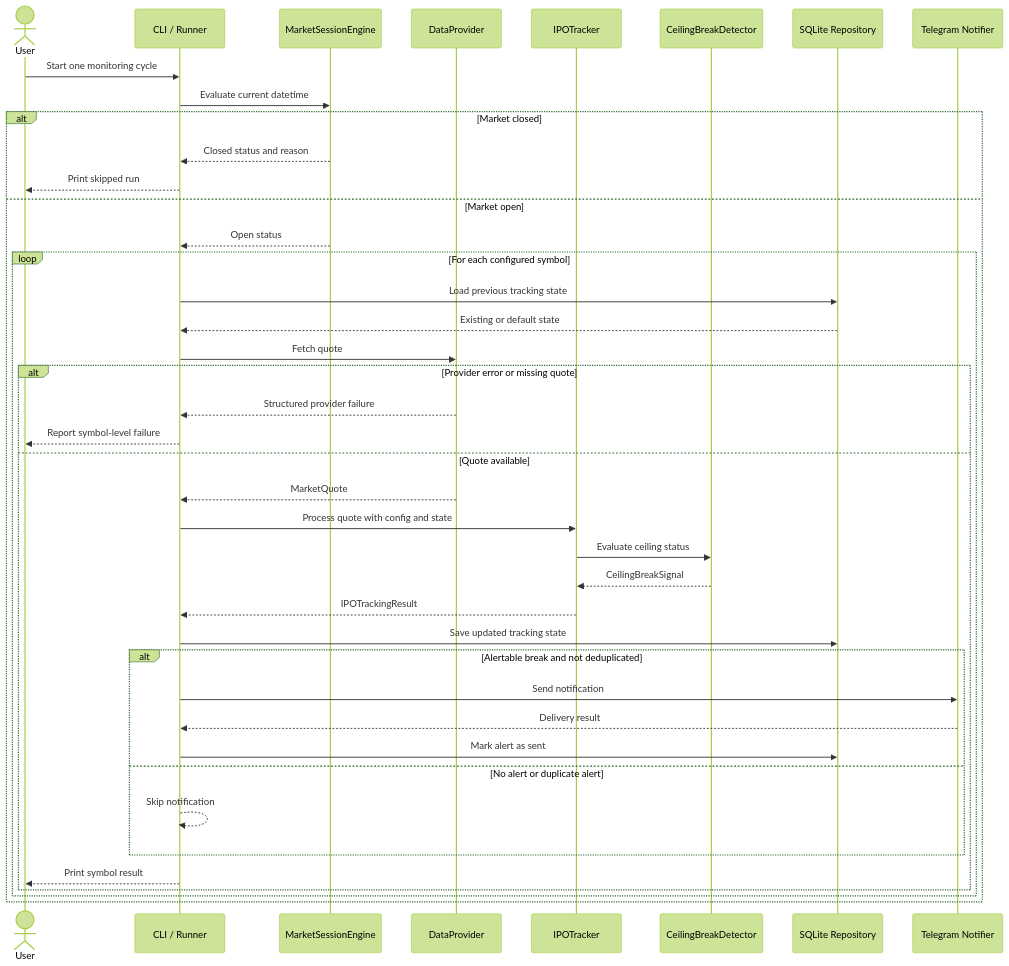
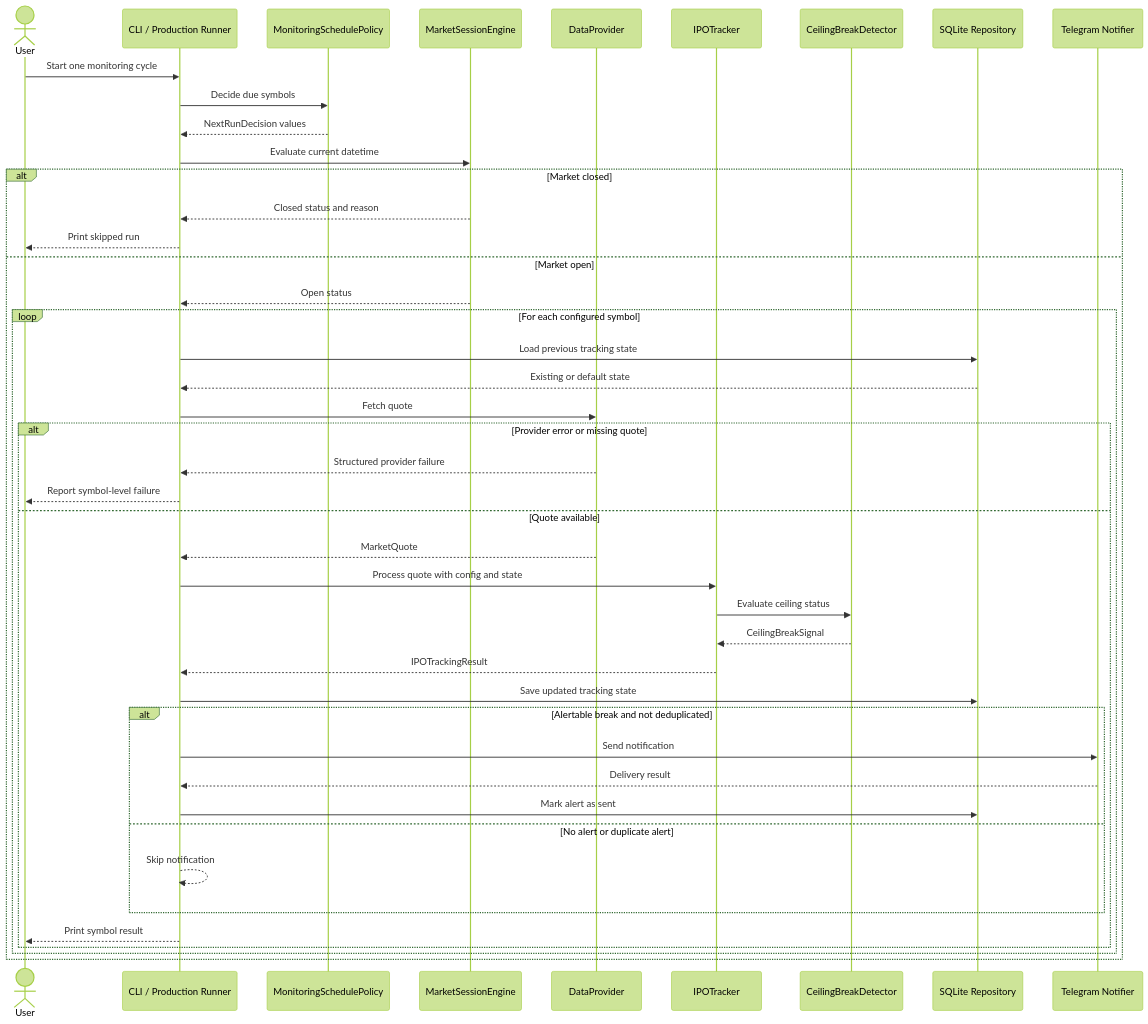
The diagram in docs/data-flow.md (emreturgayie/bist-market-monitor), drawn with Mermaid (forest theme) before and after one commit. The commit also changed other lines of this file and 20 other files, not shown here.

Commit message:
feat: add production monitoring runner

````diff
--- a/docs/data-flow.md
+++ b/docs/data-flow.md
@@ -15,44 +16,47 @@
 ```mermaid
 sequenceDiagram
     actor User
-    participant CLI as CLI / Runner
+    participant CLI as CLI / Production Runner
+    participant Policy as MonitoringSchedulePolicy
     participant Session as MarketSessionEngine
     participant Provider as DataProvider
     participant Tracker as IPOTracker
     participant Detector as CeilingBreakDetector
     participant Repo as SQLite Repository
     participant Notifier as Telegram Notifier
 
     User->>CLI: Start one monitoring cycle
+    CLI->>Policy: Decide due symbols
+    Policy-->>CLI: NextRunDecision values
     CLI->>Session: Evaluate current datetime
     alt Market closed
         Session-->>CLI: Closed status and reason
         CLI-->>User: Print skipped run
     else Market open
         Session-->>CLI: Open status
         loop For each configured symbol
             CLI->>Repo: Load previous tracking state
             Repo-->>CLI: Existing or default state
             CLI->>Provider: Fetch quote
             alt Provider error or missing quote
                 Provider-->>CLI: Structured provider failure
                 CLI-->>User: Report symbol-level failure
             else Quote available
                 Provider-->>CLI: MarketQuote
                 CLI->>Tracker: Process quote with config and state
                 Tracker->>Detector: Evaluate ceiling status
                 Detector-->>Tracker: CeilingBreakSignal
                 Tracker-->>CLI: IPOTrackingResult
                 CLI->>Repo: Save updated tracking state
                 alt Alertable break and not deduplicated
                     CLI->>Notifier: Send notification
                     Notifier-->>CLI: Delivery result
                     CLI->>Repo: Mark alert as sent
                 else No alert or duplicate alert
                     CLI-->>CLI: Skip notification
                 end
                 CLI-->>User: Print symbol result
             end
         end
     end
 ```
````
